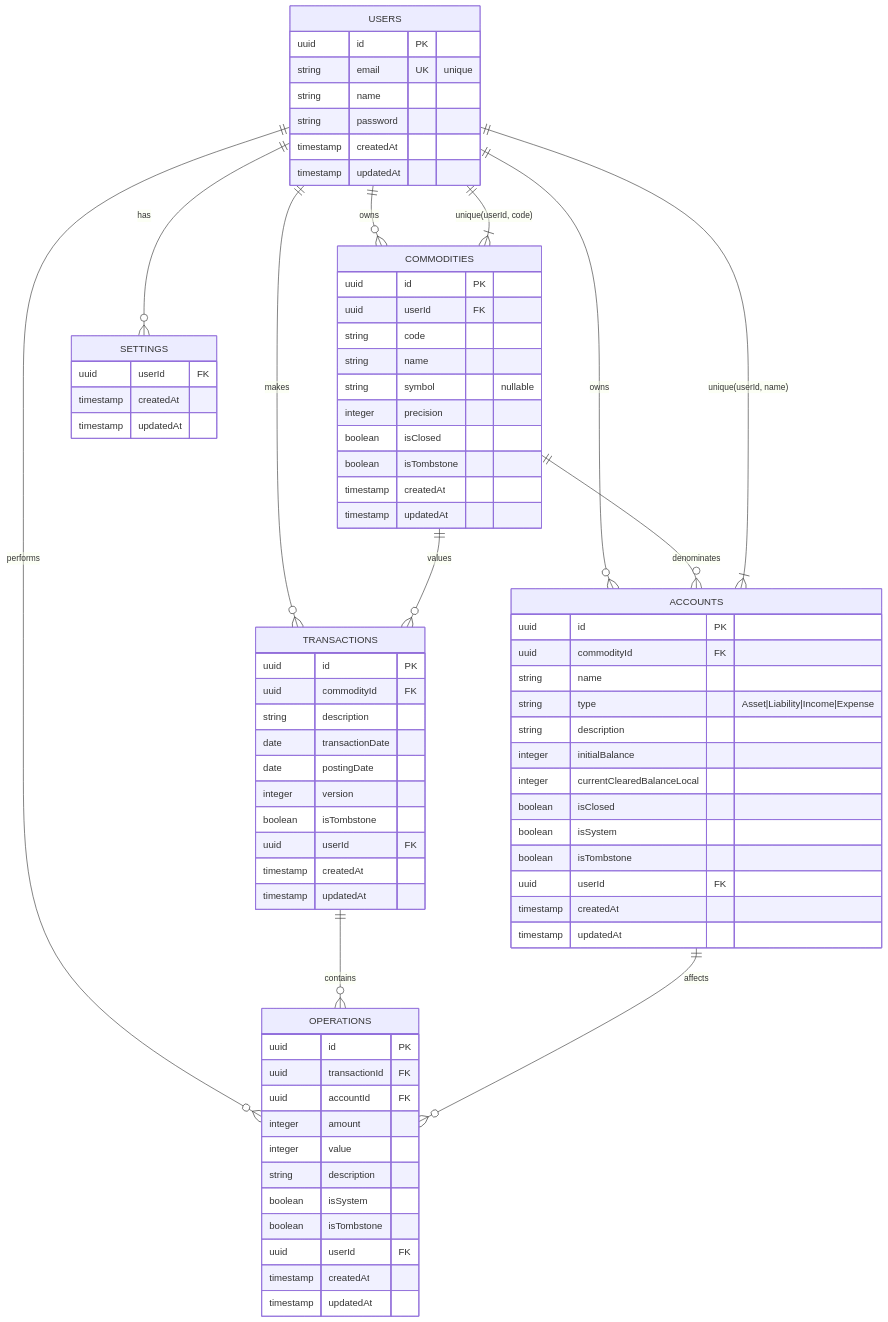
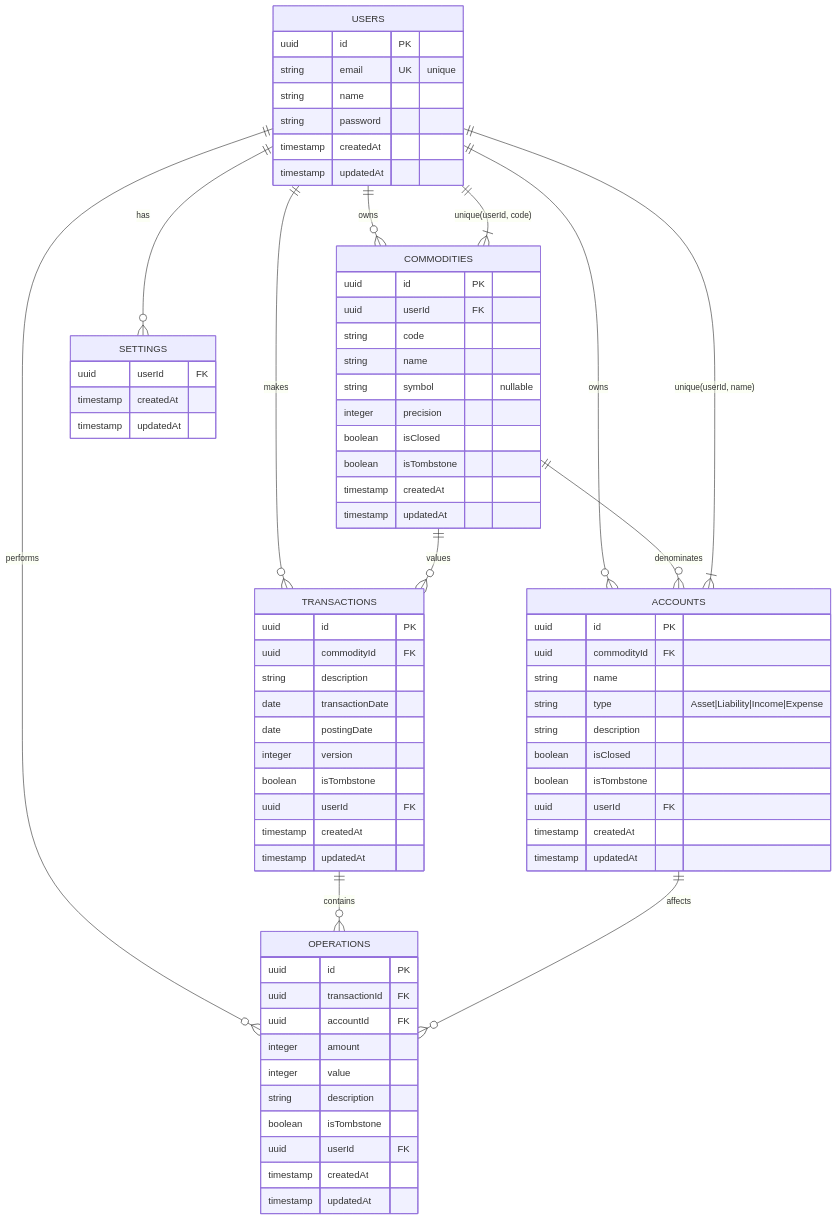
Before and after one commit to gorushkin/ledgerly: the diagram in docs/DATABASE_SCHEMA.md, drawn with Mermaid. The commit also changed other lines of this file and 50 other files, not shown here.

```diff
--- a/docs/DATABASE_SCHEMA.md
+++ b/docs/DATABASE_SCHEMA.md
@@ -48,10 +48,7 @@
         string name
         string type "Asset|Liability|Income|Expense"
         string description
-        integer initialBalance
-        integer currentClearedBalanceLocal
         boolean isClosed
-        boolean isSystem
         boolean isTombstone
         uuid userId FK
         timestamp createdAt
@@ -78,7 +75,6 @@
         integer amount
         integer value
         string description
-        boolean isSystem
         boolean isTombstone
         uuid userId FK
         timestamp createdAt
```
